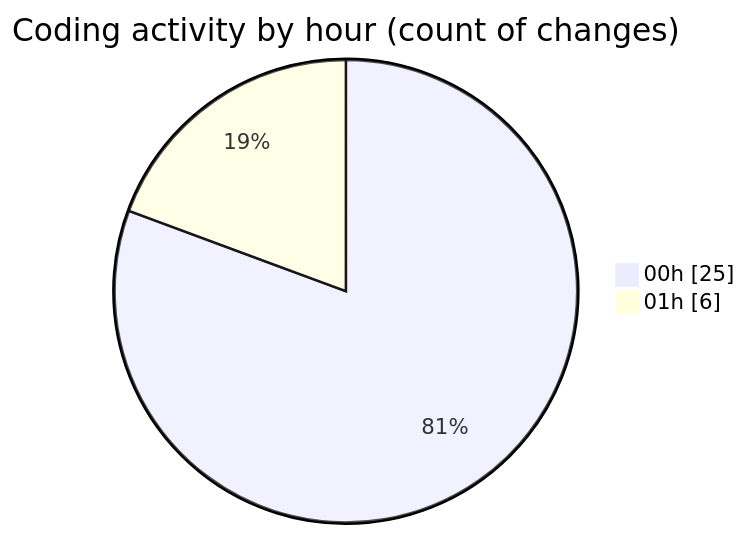
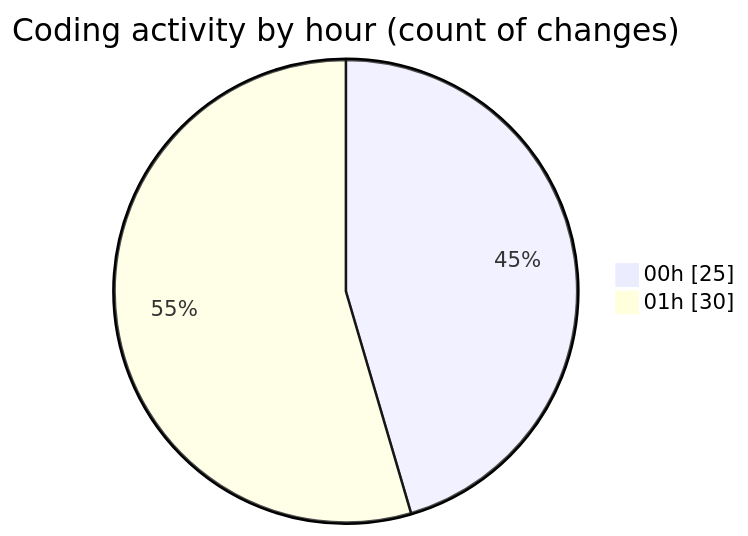
One commit to lephambinh05/code-tracking changed the second of 2 diagrams in 2025-07-14/rentotp/README.md. Above: the diagram before and after it, drawn with Mermaid. The commit also changed other lines of this file and 1 other file, not shown here.

````diff
--- a/2025-07-14/rentotp/README.md
+++ b/2025-07-14/rentotp/README.md
@@ -40,6 +52,6 @@
 ```mermaid
 pie showData
 title Coding activity by hour (count of changes)
 "00h" : 25
-"01h" : 6
+"01h" : 30
 ```
````
